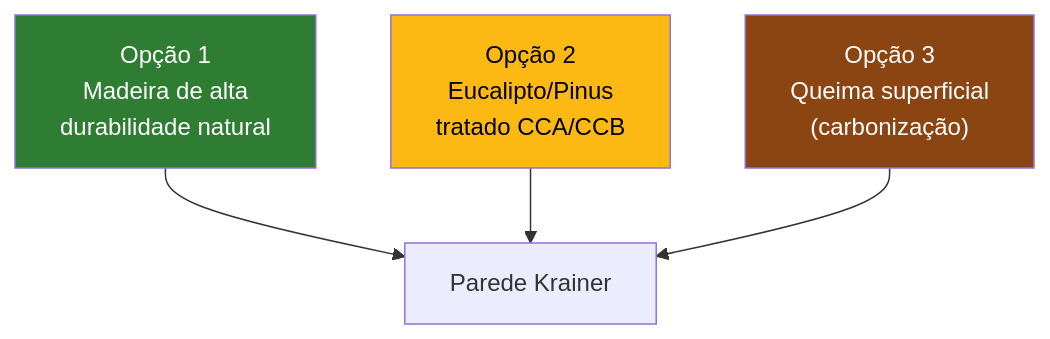
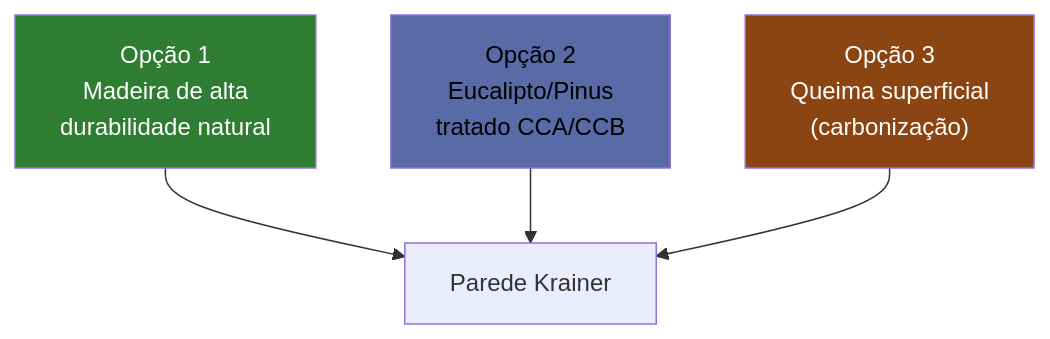
Before and after one commit to ldvsantos/cv: the first of 7 diagrams in aulas/bioengenharia_de_solos/aulas/parede_krainer/parede_krainer.qmd, drawn with Mermaid. The commit also changed other lines of this file and 466 other files, not shown here.

````diff
--- a/aulas/bioengenharia_de_solos/aulas/parede_krainer/parede_krainer.qmd
+++ b/aulas/bioengenharia_de_solos/aulas/parede_krainer/parede_krainer.qmd
@@ -297,10 +295,10 @@
 ```{mermaid}
 %%| fig-width: 4.5
 graph TD
     A["Opção 1<br>Madeira de alta<br>durabilidade natural"] --> D["Parede Krainer"]
     B["Opção 2<br>Eucalipto/Pinus<br>tratado CCA/CCB"] --> D
     C["Opção 3<br>Queima superficial<br>(carbonização)"] --> D
     style A fill:#2E7D32,color:#fff
-    style B fill:#FDB913,color:#000
+    style B fill:#586BA6,color:#000
     style C fill:#8B4513,color:#fff
 ```
````
